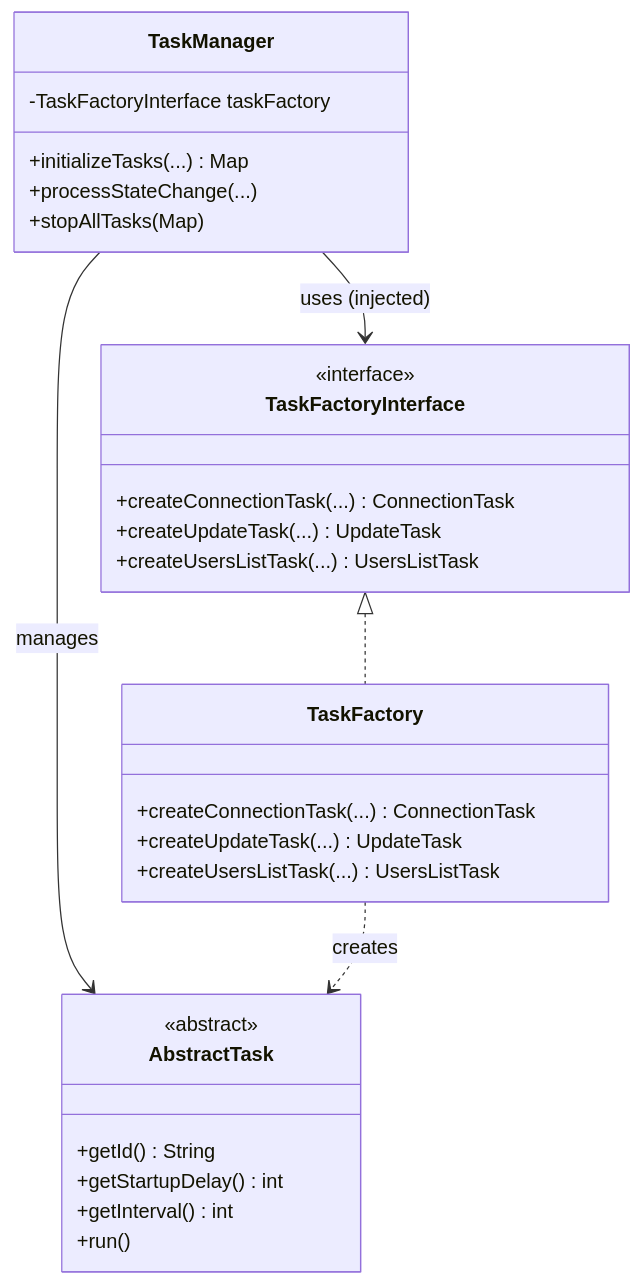
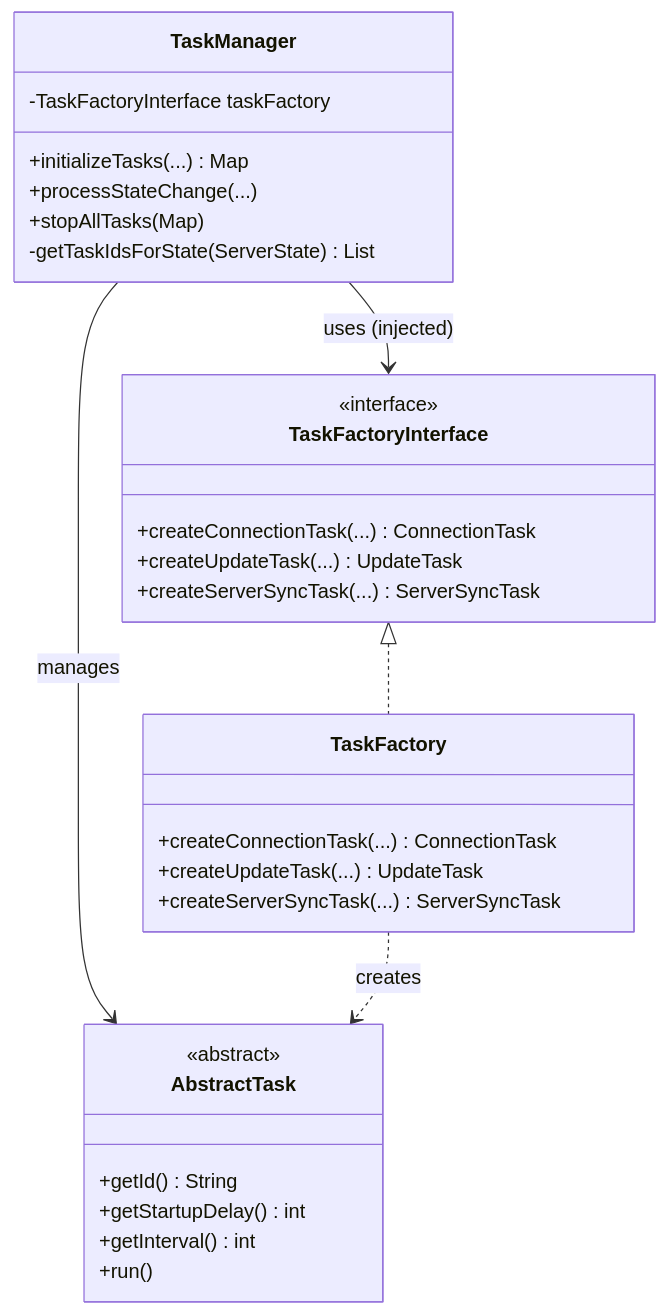
The first of 2 diagrams in bundles/org.openhab.binding.jellyfin/docs/architecture/task-management.md (openhab/openhab-addons), drawn with Mermaid before and after one commit. The commit also changed other lines of this file and 5 other files, not shown here.

````diff
--- a/bundles/org.openhab.binding.jellyfin/docs/architecture/task-management.md
+++ b/bundles/org.openhab.binding.jellyfin/docs/architecture/task-management.md
@@ -5,36 +26,37 @@
 ```mermaid
 classDiagram
     %% Task management relationships
     TaskManager --> TaskFactoryInterface : uses (injected)
     TaskManager --> AbstractTask : manages
     TaskFactoryInterface <|.. TaskFactory
     TaskFactory ..> AbstractTask : creates
     
     class TaskManager {
         -TaskFactoryInterface taskFactory
         +initializeTasks(...) Map
         +processStateChange(...)
         +stopAllTasks(Map)
+        -getTaskIdsForState(ServerState) List
     }
     
     class TaskFactoryInterface {
         <<interface>>
         +createConnectionTask(...) ConnectionTask
         +createUpdateTask(...) UpdateTask
-        +createUsersListTask(...) UsersListTask
+        +createServerSyncTask(...) ServerSyncTask
     }
     
     class TaskFactory {
         +createConnectionTask(...) ConnectionTask
         +createUpdateTask(...) UpdateTask
-        +createUsersListTask(...) UsersListTask
+        +createServerSyncTask(...) ServerSyncTask
     }
     
     class AbstractTask {
         <<abstract>>
         +getId() String
         +getStartupDelay() int
         +getInterval() int
         +run()
     }
 ```
````
